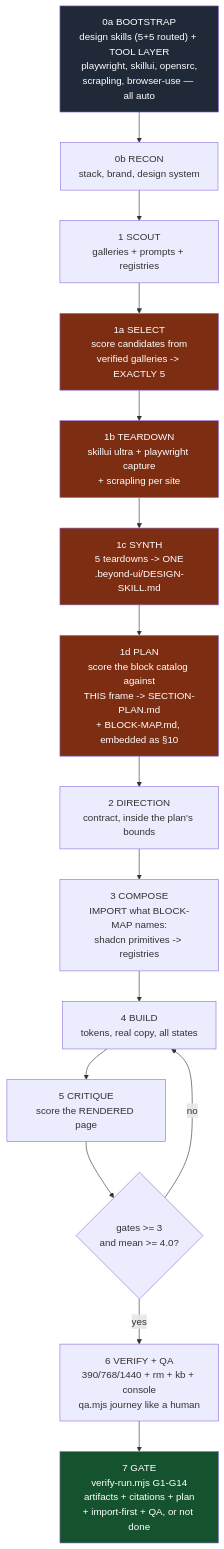
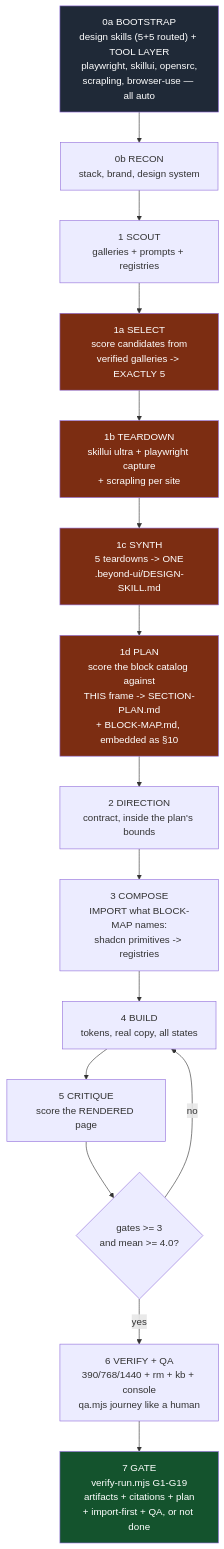
One commit to Jeetaksh25/AgentSkills changed the first of 6 diagrams in beyond-ui/README.md. Above: the diagram before and after it, drawn with Mermaid. The commit also changed other lines of this file and 19 other files, not shown here.

````diff
--- a/beyond-ui/README.md
+++ b/beyond-ui/README.md
@@ -32,24 +46,24 @@
 ```mermaid
 flowchart TD
     A["0a BOOTSTRAP<br/>design skills (5+5 routed) + TOOL LAYER<br/>playwright, skillui, opensrc,<br/>scrapling, browser-use — all auto"] --> B["0b RECON<br/>stack, brand, design system"]
     B --> C["1 SCOUT<br/>galleries + prompts + registries"]
     C --> S1["1a SELECT<br/>score candidates from<br/>verified galleries -> EXACTLY 5"]
     S1 --> S2["1b TEARDOWN<br/>skillui ultra + playwright capture<br/>+ scrapling per site"]
     S2 --> S3["1c SYNTH<br/>5 teardowns -> ONE<br/>.beyond-ui/DESIGN-SKILL.md"]
     S3 --> S4["1d PLAN<br/>score the block catalog against<br/>THIS frame -> SECTION-PLAN.md<br/>+ BLOCK-MAP.md, embedded as §10"]
     S4 --> D["2 DIRECTION<br/>contract, inside the plan's bounds"]
     D --> E["3 COMPOSE<br/>IMPORT what BLOCK-MAP names:<br/>shadcn primitives -> registries"]
     E --> F["4 BUILD<br/>tokens, real copy, all states"]
     F --> G["5 CRITIQUE<br/>score the RENDERED page"]
     G --> H{"gates >= 3<br/>and mean >= 4.0?"}
     H -- no --> F
     H -- yes --> I["6 VERIFY + QA<br/>390/768/1440 + rm + kb + console<br/>qa.mjs journey like a human"]
-    I --> J["7 GATE<br/>verify-run.mjs G1-G14<br/>artifacts + citations + plan<br/>+ import-first + QA, or not done"]
+    I --> J["7 GATE<br/>verify-run.mjs G1-G19<br/>artifacts + citations + plan<br/>+ import-first + QA, or not done"]
 
     style A fill:#1f2937,color:#fff
     style S1 fill:#7c2d12,color:#fff
     style S2 fill:#7c2d12,color:#fff
     style S3 fill:#7c2d12,color:#fff
     style S4 fill:#7c2d12,color:#fff
     style J fill:#14532d,color:#fff
 ```
````
